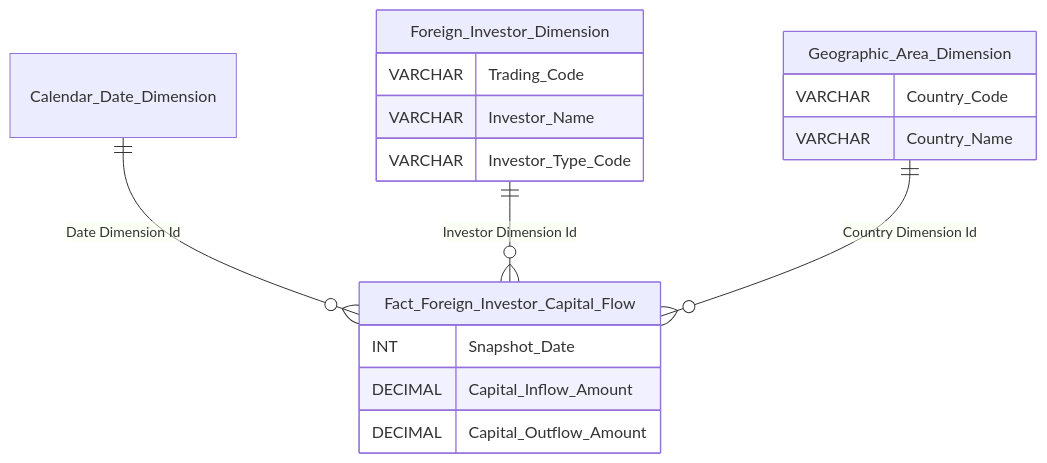
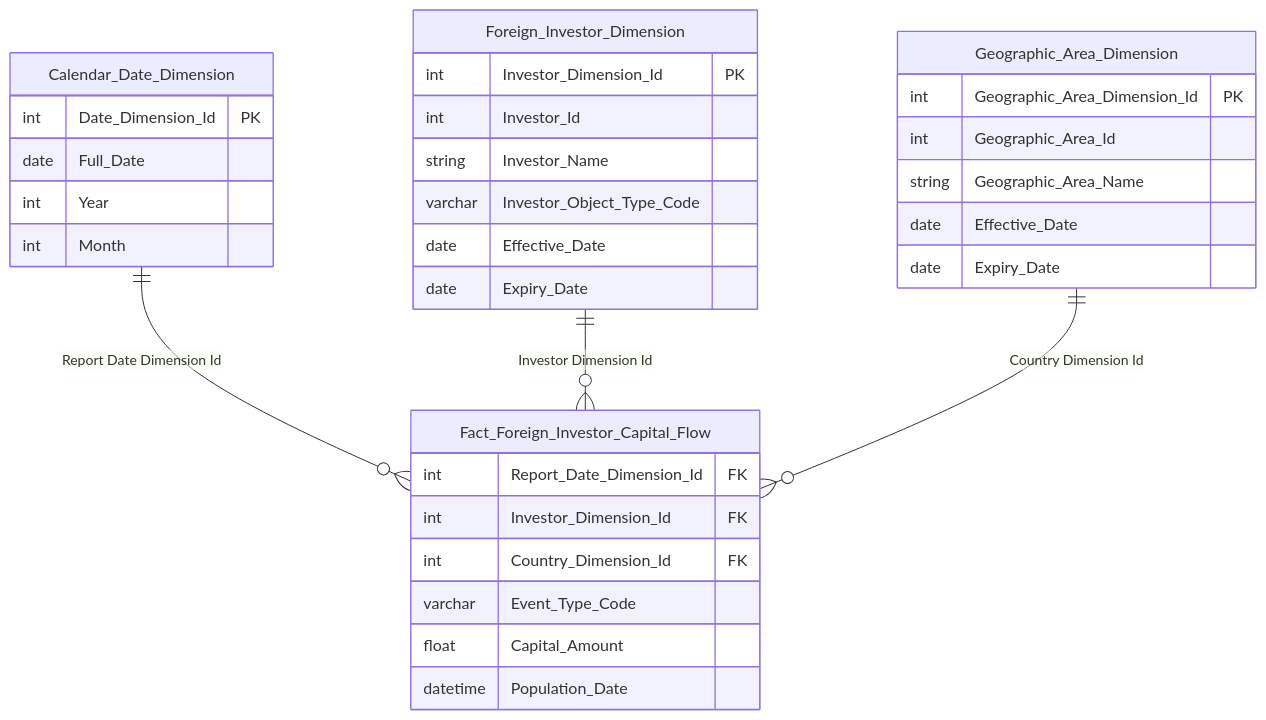
Diagram 11 of 28 in Gold/hld/GOLD_NDTNN_HLD.md (linhlvit/ubck_atomic_design), drawn with Mermaid before and after one commit. The commit also changed other lines of this file and 12 other files, not shown here.

````diff
--- a/Gold/hld/GOLD_NDTNN_HLD.md
+++ b/Gold/hld/GOLD_NDTNN_HLD.md
@@ -308,20 +610,36 @@
 ```mermaid
 erDiagram
-    Calendar_Date_Dimension ||--o{ Fact_Foreign_Investor_Capital_Flow : "Date Dimension Id"
+    Calendar_Date_Dimension {
+        int Date_Dimension_Id PK
+        date Full_Date
+        int Year
+        int Month
+    }
+    Foreign_Investor_Dimension {
+        int Investor_Dimension_Id PK
+        int Investor_Id
+        string Investor_Name
+        varchar Investor_Object_Type_Code
+        date Effective_Date
+        date Expiry_Date
+    }
+    Geographic_Area_Dimension {
+        int Geographic_Area_Dimension_Id PK
+        int Geographic_Area_Id
+        string Geographic_Area_Name
+        date Effective_Date
+        date Expiry_Date
+    }
+    Fact_Foreign_Investor_Capital_Flow {
+        int Report_Date_Dimension_Id FK
+        int Investor_Dimension_Id FK
+        int Country_Dimension_Id FK
+        varchar Event_Type_Code
+        float Capital_Amount
+        datetime Population_Date
+    }
+
+    Calendar_Date_Dimension ||--o{ Fact_Foreign_Investor_Capital_Flow : "Report Date Dimension Id"
     Foreign_Investor_Dimension ||--o{ Fact_Foreign_Investor_Capital_Flow : "Investor Dimension Id"
     Geographic_Area_Dimension ||--o{ Fact_Foreign_Investor_Capital_Flow : "Country Dimension Id"
-    Fact_Foreign_Investor_Capital_Flow {
-        INT Snapshot_Date
-        DECIMAL Capital_Inflow_Amount
-        DECIMAL Capital_Outflow_Amount
-    }
-    Foreign_Investor_Dimension {
-        VARCHAR Trading_Code
-        VARCHAR Investor_Name
-        VARCHAR Investor_Type_Code
-    }
-    Geographic_Area_Dimension {
-        VARCHAR Country_Code
-        VARCHAR Country_Name
-    }
 ```
````
